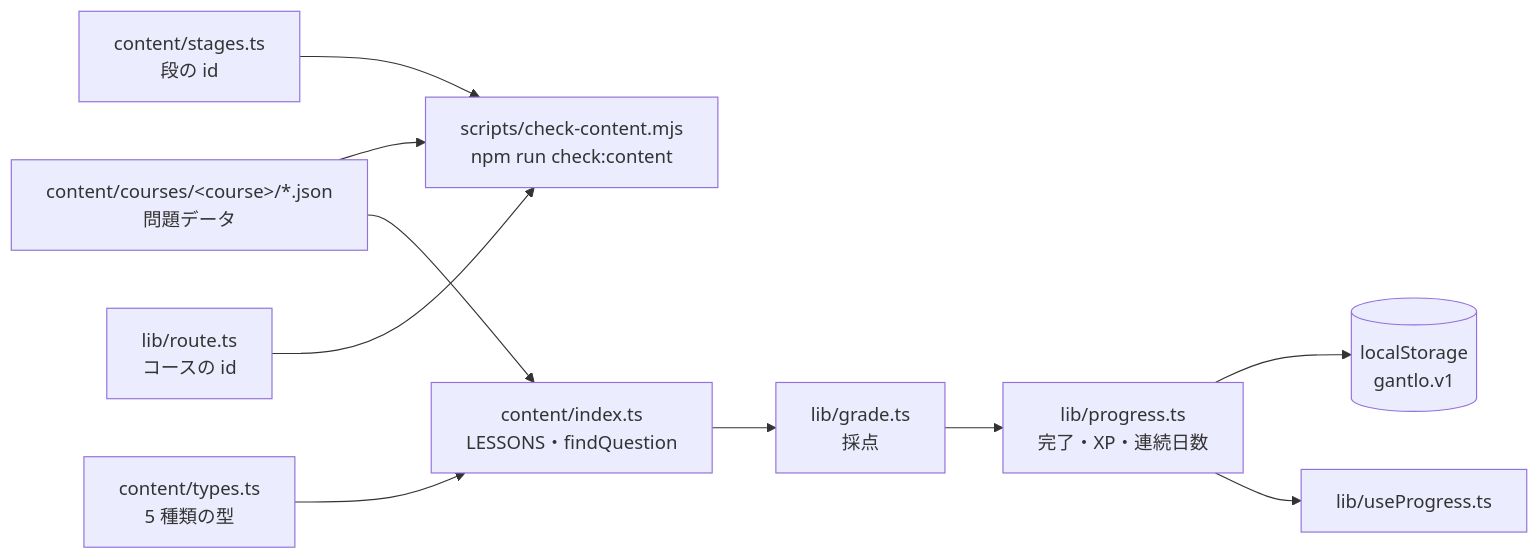
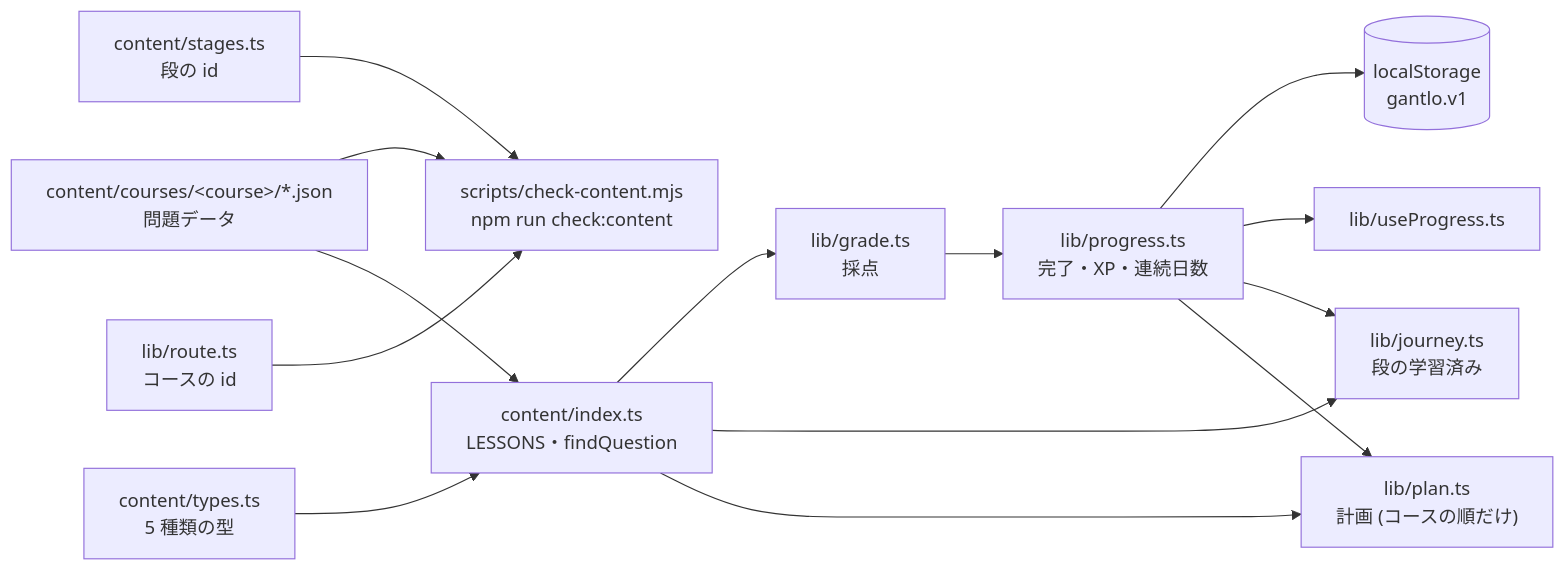
The second of 2 diagrams in README.md (maco165/gantlo), drawn with Mermaid before and after one commit. The commit also changed other lines of this file, not shown here.

First line of the commit message:
README の見せ方・構成の表と図に、ホームの表と計画の画面を足す

````diff
--- a/README.md
+++ b/README.md
@@ -40,12 +49,16 @@
 ```mermaid
 flowchart LR
   json["content/courses/#lt;course#gt;/*.json<br/>問題データ"] --> check["scripts/check-content.mjs<br/>npm run check:content"]
   stages["content/stages.ts<br/>段の id"] --> check
   courses["lib/route.ts<br/>コースの id"] --> check
   json --> index["content/index.ts<br/>LESSONS・findQuestion"]
   types["content/types.ts<br/>5 種類の型"] --> index
   index --> grade["lib/grade.ts<br/>採点"]
   grade --> progress["lib/progress.ts<br/>完了・XP・連続日数"]
   progress --> ls[("localStorage<br/>gantlo.v1")]
   progress --> hook["lib/useProgress.ts"]
+  progress --> journey["lib/journey.ts<br/>段の学習済み"]
+  progress --> planlib["lib/plan.ts<br/>計画 (コースの順だけ)"]
+  index --> journey
+  index --> planlib
 ```
````
